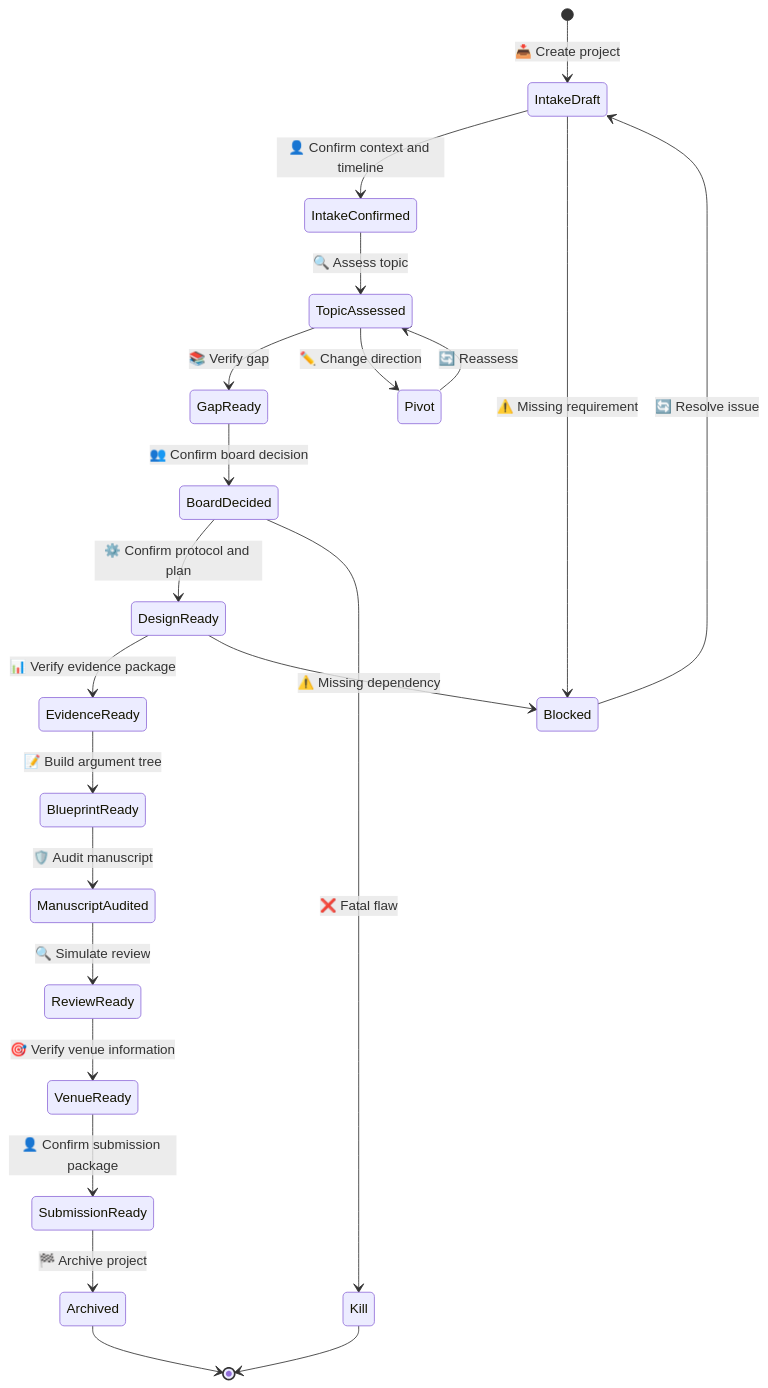
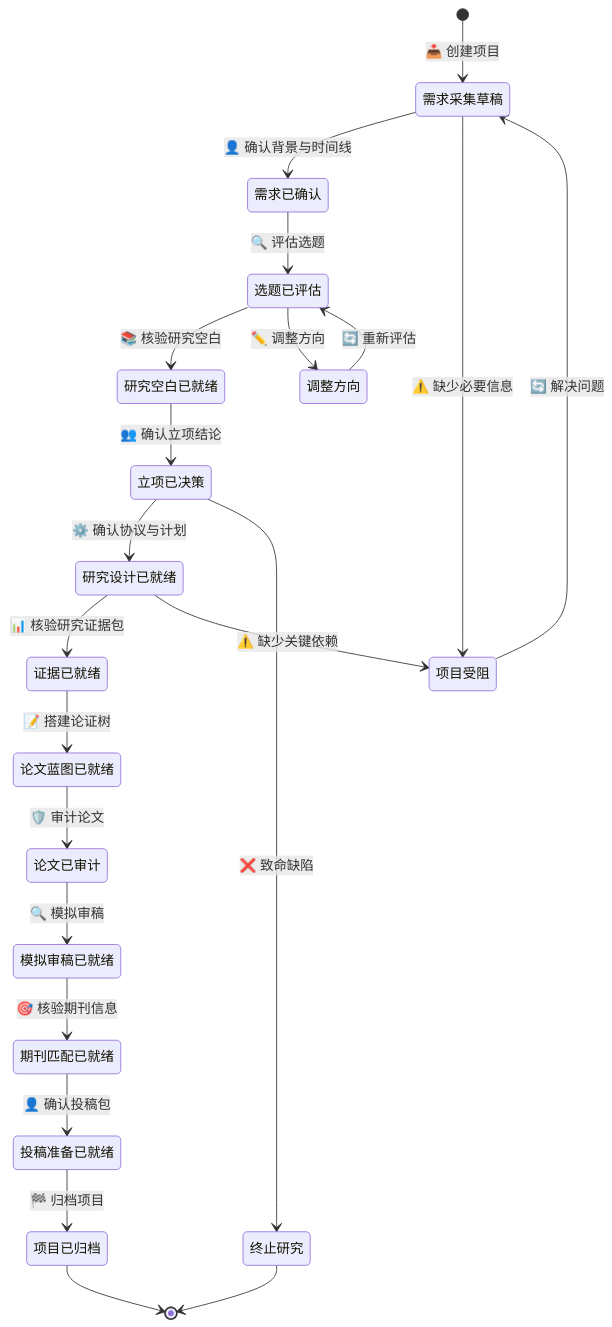
The fifth of 5 diagrams in README.md (AE0506/research-skill-pack), drawn with Mermaid before and after one commit. The commit also changed other lines of this file, not shown here.

Commit message:
docs: localize workflow diagrams in Chinese

````diff
--- a/README.md
+++ b/README.md
@@ -465,28 +465,45 @@
 ```mermaid
 stateDiagram-v2
-    accTitle: Research project lifecycle
-    accDescr: A project progresses from draft intake through topic, evidence, manuscript, review, venue, and submission preparation to archive, while pivot, kill, and blocked remain explicit states.
+    accTitle: 科研项目状态机
+    accDescr: 项目从需求采集草稿依次经过选题、证据、论文、审稿、投稿准备，直至归档；调整方向、终止研究和受阻均保留为显式状态。
 
-    [*] --> IntakeDraft: 📥 Create project
-    IntakeDraft --> IntakeConfirmed: 👤 Confirm context and timeline
-    IntakeConfirmed --> TopicAssessed: 🔍 Assess topic
-    TopicAssessed --> GapReady: 📚 Verify gap
-    GapReady --> BoardDecided: 👥 Confirm board decision
-    BoardDecided --> DesignReady: ⚙️ Confirm protocol and plan
-    DesignReady --> EvidenceReady: 📊 Verify evidence package
-    EvidenceReady --> BlueprintReady: 📝 Build argument tree
-    BlueprintReady --> ManuscriptAudited: 🛡️ Audit manuscript
-    ManuscriptAudited --> ReviewReady: 🔍 Simulate review
-    ReviewReady --> VenueReady: 🎯 Verify venue information
-    VenueReady --> SubmissionReady: 👤 Confirm submission package
-    SubmissionReady --> Archived: 🏁 Archive project
+    state "需求采集草稿" as IntakeDraft
+    state "需求已确认" as IntakeConfirmed
+    state "选题已评估" as TopicAssessed
+    state "研究空白已就绪" as GapReady
+    state "立项已决策" as BoardDecided
+    state "研究设计已就绪" as DesignReady
+    state "证据已就绪" as EvidenceReady
+    state "论文蓝图已就绪" as BlueprintReady
+    state "论文已审计" as ManuscriptAudited
+    state "模拟审稿已就绪" as ReviewReady
+    state "期刊匹配已就绪" as VenueReady
+    state "投稿准备已就绪" as SubmissionReady
+    state "项目已归档" as Archived
+    state "调整方向" as Pivot
+    state "终止研究" as Kill
+    state "项目受阻" as Blocked
 
-    TopicAssessed --> Pivot: ✏️ Change direction
-    BoardDecided --> Kill: ❌ Fatal flaw
-    IntakeDraft --> Blocked: ⚠️ Missing requirement
-    DesignReady --> Blocked: ⚠️ Missing dependency
-    Blocked --> IntakeDraft: 🔄 Resolve issue
-    Pivot --> TopicAssessed: 🔄 Reassess
+    [*] --> IntakeDraft: 📥 创建项目
+    IntakeDraft --> IntakeConfirmed: 👤 确认背景与时间线
+    IntakeConfirmed --> TopicAssessed: 🔍 评估选题
+    TopicAssessed --> GapReady: 📚 核验研究空白
+    GapReady --> BoardDecided: 👥 确认立项结论
+    BoardDecided --> DesignReady: ⚙️ 确认协议与计划
+    DesignReady --> EvidenceReady: 📊 核验研究证据包
+    EvidenceReady --> BlueprintReady: 📝 搭建论证树
+    BlueprintReady --> ManuscriptAudited: 🛡️ 审计论文
+    ManuscriptAudited --> ReviewReady: 🔍 模拟审稿
+    ReviewReady --> VenueReady: 🎯 核验期刊信息
+    VenueReady --> SubmissionReady: 👤 确认投稿包
+    SubmissionReady --> Archived: 🏁 归档项目
+
+    TopicAssessed --> Pivot: ✏️ 调整方向
+    BoardDecided --> Kill: ❌ 致命缺陷
+    IntakeDraft --> Blocked: ⚠️ 缺少必要信息
+    DesignReady --> Blocked: ⚠️ 缺少关键依赖
+    Blocked --> IntakeDraft: 🔄 解决问题
+    Pivot --> TopicAssessed: 🔄 重新评估
     Archived --> [*]
     Kill --> [*]
 ```
````
